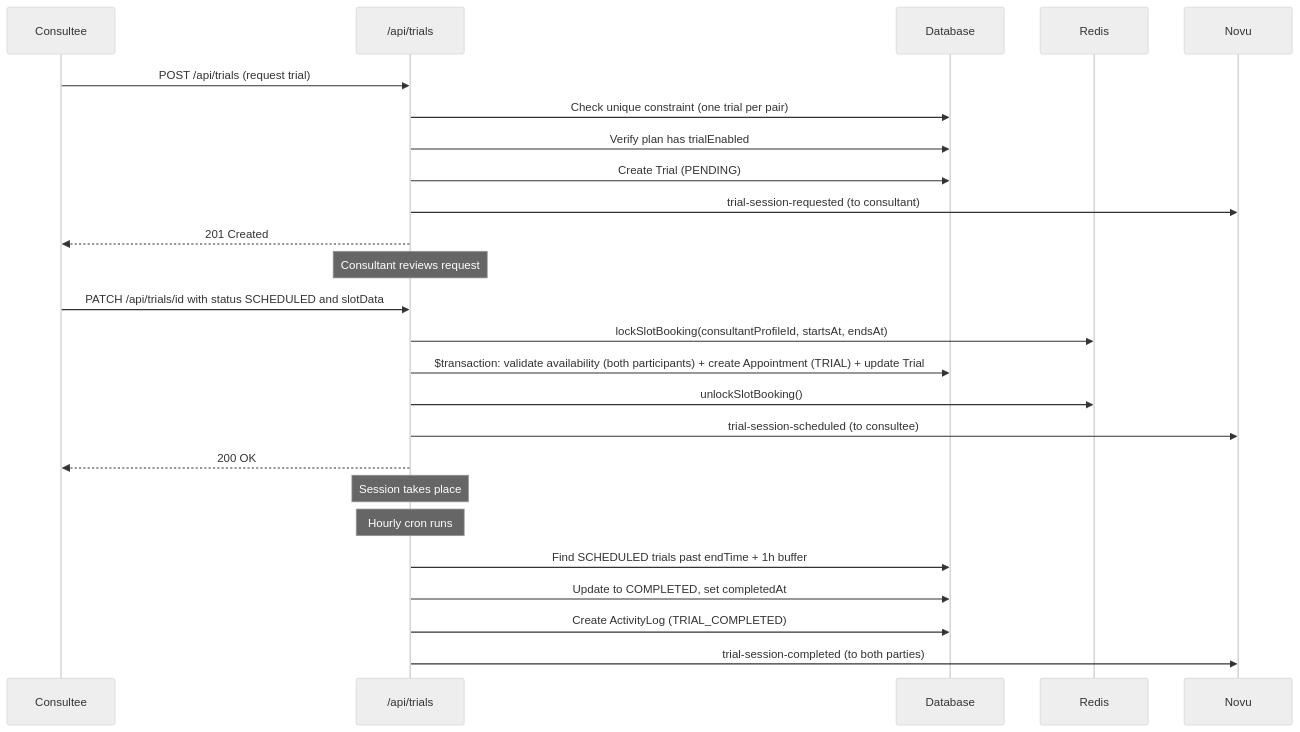
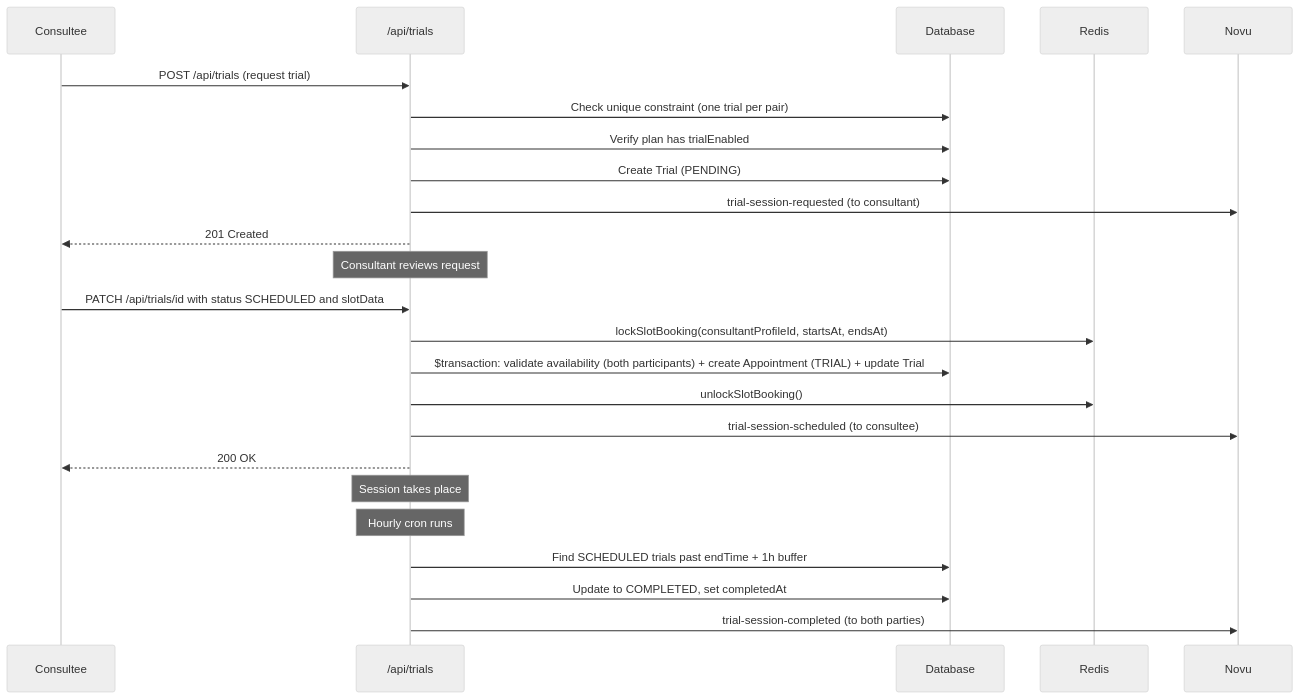
The second of 2 diagrams in docs/booking/09-trials.md (Practitionist/familiarise_web), drawn with Mermaid (neutral theme) before and after one commit. The commit also changed other lines of this file and 33 other files, not shown here.

````diff
--- a/docs/booking/09-trials.md
+++ b/docs/booking/09-trials.md
@@ -139,32 +139,31 @@
 ```mermaid
 sequenceDiagram
     participant Consultee
     participant API as /api/trials
     participant DB as Database
     participant Redis
     participant Novu
 
     Consultee->>API: POST /api/trials (request trial)
     API->>DB: Check unique constraint (one trial per pair)
     API->>DB: Verify plan has trialEnabled
     API->>DB: Create Trial (PENDING)
     API->>Novu: trial-session-requested (to consultant)
     API-->>Consultee: 201 Created
 
     Note over API: Consultant reviews request
 
     Consultee->>API: PATCH /api/trials/id with status SCHEDULED and slotData
     API->>Redis: lockSlotBooking(consultantProfileId, startsAt, endsAt)
     API->>DB: $transaction: validate availability (both participants) + create Appointment (TRIAL) + update Trial
     API->>Redis: unlockSlotBooking()
     API->>Novu: trial-session-scheduled (to consultee)
     API-->>Consultee: 200 OK
 
     Note over API: Session takes place
 
     Note over API: Hourly cron runs
     API->>DB: Find SCHEDULED trials past endTime + 1h buffer
     API->>DB: Update to COMPLETED, set completedAt
-    API->>DB: Create ActivityLog (TRIAL_COMPLETED)
     API->>Novu: trial-session-completed (to both parties)
 ```
````
